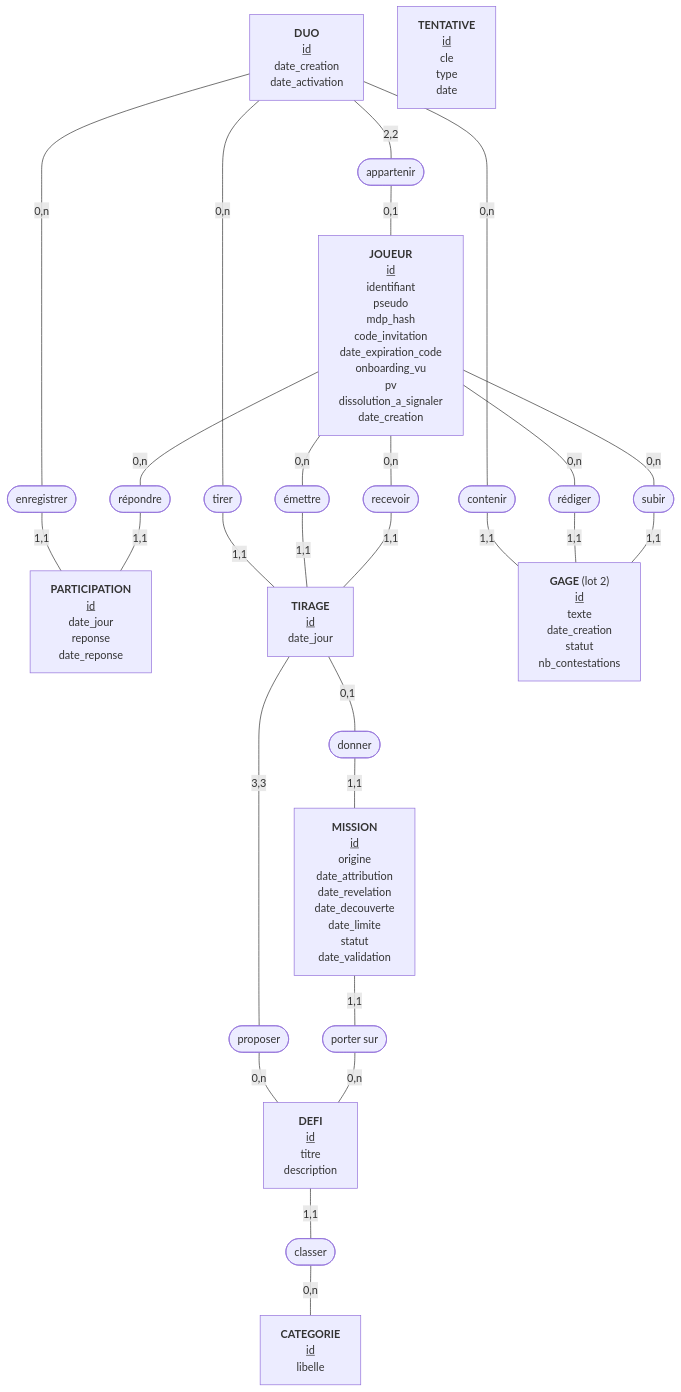
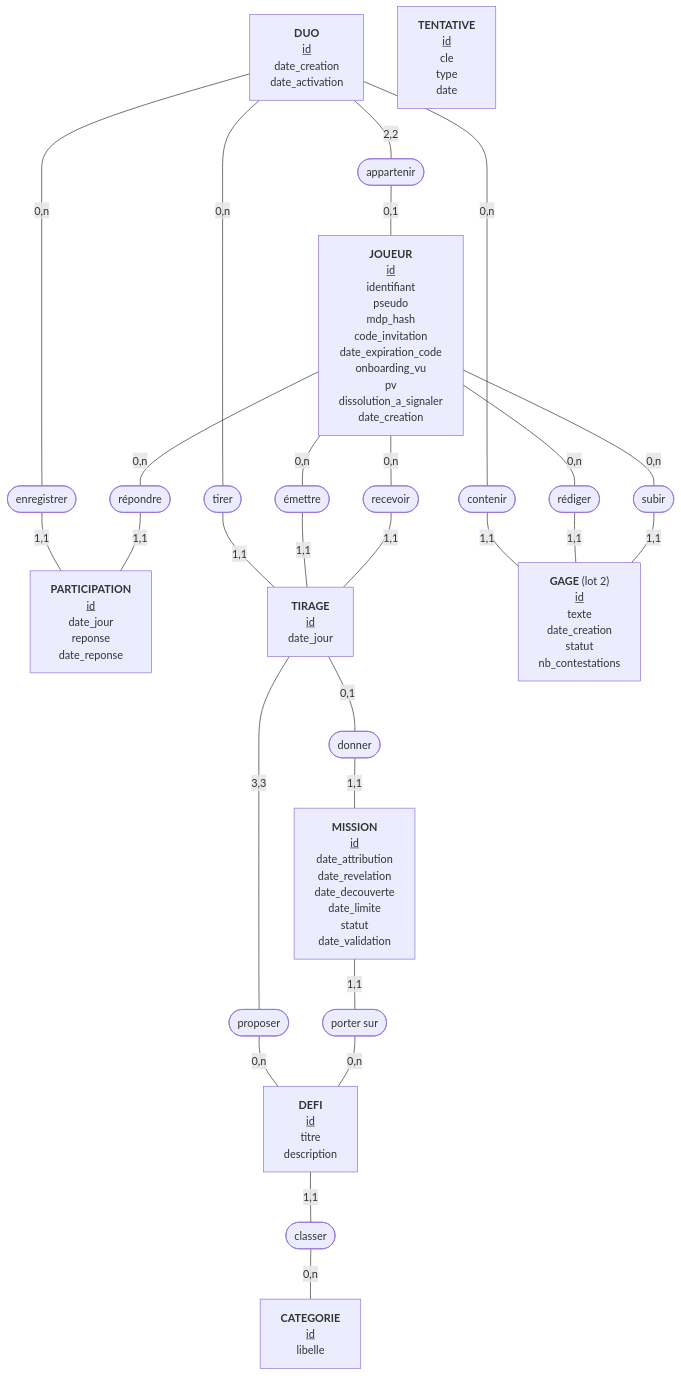
The first of 2 diagrams in 04-technique/modele-donnees.md (matteo-lorenzi/Quest-Love), drawn with Mermaid before and after one commit. The commit also changed other lines of this file and 3 other files, not shown here.

````diff
--- a/04-technique/modele-donnees.md
+++ b/04-technique/modele-donnees.md
@@ -36,40 +37,40 @@
 ```mermaid
 flowchart TB
     DUO["<b>DUO</b><br><u>id</u><br>date_creation<br>date_activation"]
     JOUEUR["<b>JOUEUR</b><br><u>id</u><br>identifiant<br>pseudo<br>mdp_hash<br>code_invitation<br>date_expiration_code<br>onboarding_vu<br>pv<br>dissolution_a_signaler<br>date_creation"]
     PARTICIPATION["<b>PARTICIPATION</b><br><u>id</u><br>date_jour<br>reponse<br>date_reponse"]
     TIRAGE["<b>TIRAGE</b><br><u>id</u><br>date_jour"]
     GAGE["<b>GAGE</b> (lot 2)<br><u>id</u><br>texte<br>date_creation<br>statut<br>nb_contestations"]
-    MISSION["<b>MISSION</b><br><u>id</u><br>origine<br>date_attribution<br>date_revelation<br>date_decouverte<br>date_limite<br>statut<br>date_validation"]
+    MISSION["<b>MISSION</b><br><u>id</u><br>date_attribution<br>date_revelation<br>date_decouverte<br>date_limite<br>statut<br>date_validation"]
     DEFI["<b>DEFI</b><br><u>id</u><br>titre<br>description"]
     CATEGORIE["<b>CATEGORIE</b><br><u>id</u><br>libelle"]
     TENTATIVE["<b>TENTATIVE</b><br><u>id</u><br>cle<br>type<br>date"]
 
     appartenir([appartenir])
     enregistrer([enregistrer])
     repondre([répondre])
     tirer([tirer])
     emettre([émettre])
     recevoir([recevoir])
     contenir([contenir])
     rediger([rédiger])
     subir([subir])
     proposer([proposer])
     donner([donner])
     porter([porter sur])
     classer([classer])
 
     DUO -- "2,2" --- appartenir -- "0,1" --- JOUEUR
     DUO -- "0,n" --- enregistrer -- "1,1" --- PARTICIPATION
     JOUEUR -- "0,n" --- repondre -- "1,1" --- PARTICIPATION
     DUO -- "0,n" --- tirer -- "1,1" --- TIRAGE
     JOUEUR -- "0,n" --- emettre -- "1,1" --- TIRAGE
     JOUEUR -- "0,n" --- recevoir -- "1,1" --- TIRAGE
     DUO -- "0,n" --- contenir -- "1,1" --- GAGE
     JOUEUR -- "0,n" --- rediger -- "1,1" --- GAGE
     JOUEUR -- "0,n" --- subir -- "1,1" --- GAGE
     TIRAGE -- "3,3" --- proposer -- "0,n" --- DEFI
     TIRAGE -- "0,1" --- donner -- "1,1" --- MISSION
     MISSION -- "1,1" --- porter -- "0,n" --- DEFI
     DEFI -- "1,1" --- classer -- "0,n" --- CATEGORIE
 ```
````
